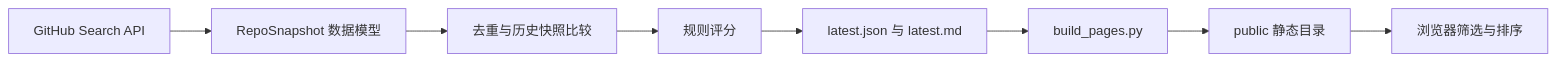
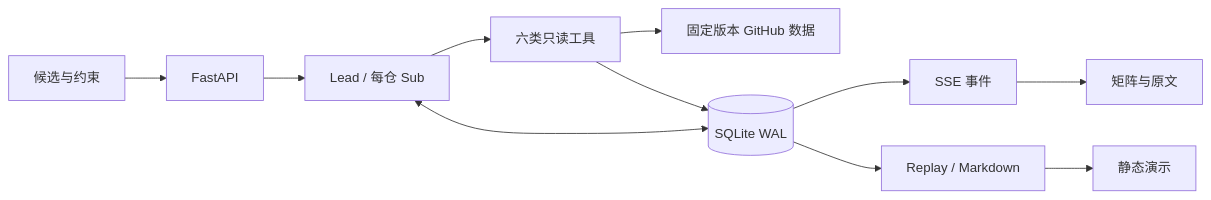
The diagram in docs/project/CODE_GUIDE.md (billionsheep/github-hot-monitor), drawn with Mermaid before and after one commit. The commit also changed other lines of this file and 63 other files, not shown here.

````diff
--- a/docs/project/CODE_GUIDE.md
+++ b/docs/project/CODE_GUIDE.md
@@ -5,10 +18,13 @@
 ```mermaid
 flowchart LR
-    A[GitHub Search API] --> B[RepoSnapshot 数据模型]
-    B --> C[去重与历史快照比较]
-    C --> D[规则评分]
-    D --> E[latest.json 与 latest.md]
-    E --> F[build_pages.py]
-    F --> G[public 静态目录]
-    G --> H[浏览器筛选与排序]
+    UI[候选与约束] --> API[FastAPI]
+    API --> H[Lead / 每仓 Sub]
+    H --> T[六类只读工具]
+    T --> GH[固定版本 GitHub 数据]
+    T --> DB[(SQLite WAL)]
+    H <--> DB
+    DB --> SSE[SSE 事件]
+    SSE --> M[矩阵与原文]
+    DB --> R[Replay / Markdown]
+    R --> S[静态演示]
 ```
````
